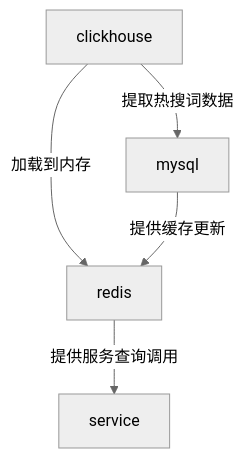
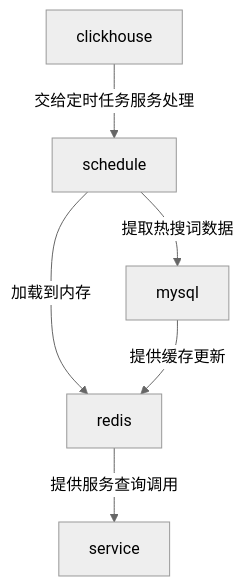
One commit to MagnetoWang/ideas-I-guess changed the diagram in 项目思路图/热搜词/热搜词开发流程.md. Above: the diagram before and after it, drawn with Mermaid (neutral theme). The commit also changed other lines of this file and 2 other files, not shown here.

````diff
--- a/项目思路图/热搜词/热搜词开发流程.md
+++ b/项目思路图/热搜词/热搜词开发流程.md
@@ -6,11 +13,13 @@
 ```mermaid
 graph TD
 clickhouse
 mysql
 redis
-clickhouse-->|提取热搜词数据|mysql
-clickhouse-->|加载到内存|redis
+schedule
+clickhouse-->|交给定时任务服务处理|schedule
+schedule-->|提取热搜词数据|mysql
+schedule-->|加载到内存|redis
 redis-->|提供服务查询调用|service
 
 mysql-->|提供缓存更新|redis
 ```
````
